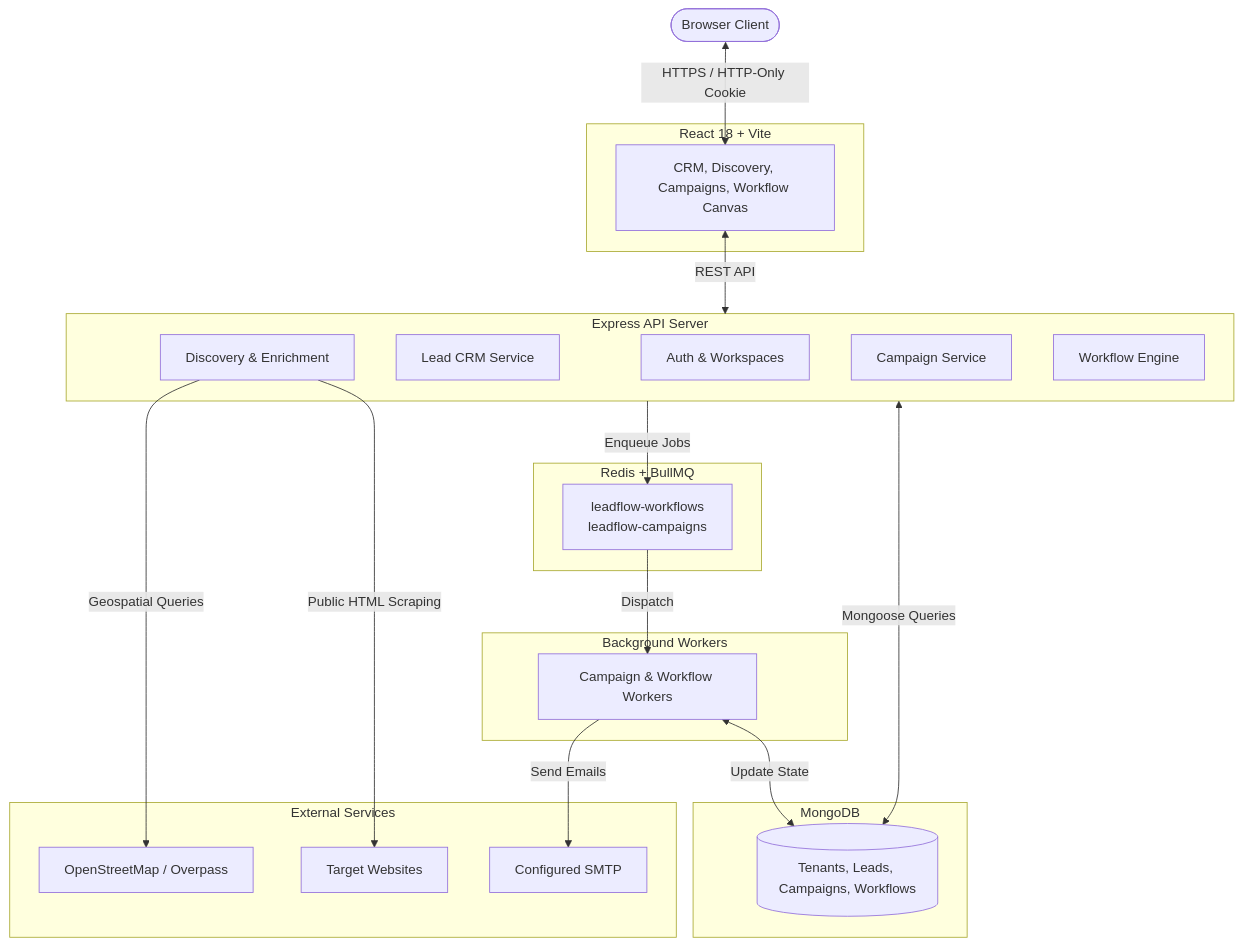
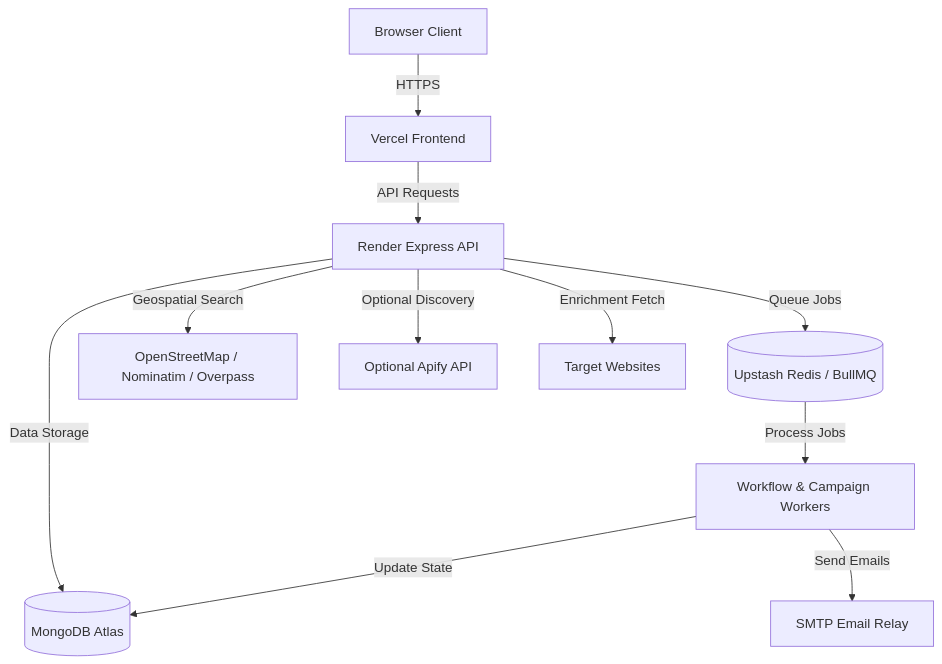
The diagram in README.md (anideva/LeadFlow), drawn with Mermaid before and after one commit. The commit also changed other lines of this file, not shown here.

````diff
--- a/README.md
+++ b/README.md
@@ -157,44 +49,26 @@
 ```mermaid
 graph TD
-    User([Browser Client])
-    
-    subgraph Frontend [React 18 + Vite]
-        UI[CRM, Discovery, Campaigns, Workflow Canvas]
-    end
+    Browser[Browser Client]
+    Vercel[Vercel Frontend]
+    API[Render Express API]
+    Mongo[(MongoDB Atlas)]
+    Redis[(Upstash Redis / BullMQ)]
+    Workers[Workflow & Campaign Workers]
 
-    subgraph Backend [Express API Server]
-        Auth[Auth & Workspaces]
-        CRM[Lead CRM Service]
-        Disc[Discovery & Enrichment]
-        Camp[Campaign Service]
-        Wf[Workflow Engine]
-    end
+    OSM[OpenStreetMap / Nominatim / Overpass]
+    Apify[Optional Apify API]
+    Web[Target Websites]
+    SMTP[SMTP Email Relay]
 
-    subgraph Database [MongoDB]
-        Mongo[(Tenants, Leads, Campaigns, Workflows)]
-    end
+    Browser -->|HTTPS| Vercel
+    Vercel -->|API Requests| API
+    API -->|Data Storage| Mongo
+    API -->|Queue Jobs| Redis
+    Redis -->|Process Jobs| Workers
+    Workers -->|Update State| Mongo
+    Workers -->|Send Emails| SMTP
 
-    subgraph Queue [Redis + BullMQ]
-        RQueue[leadflow-workflows\nleadflow-campaigns]
-    end
-
-    subgraph Workers [Background Workers]
-        BWorker[Campaign & Workflow Workers]
-    end
-
-    subgraph External [External Services]
-        OSM[OpenStreetMap / Overpass]
-        Web[Target Websites]
-        SMTP[Configured SMTP]
-    end
-
-    User <-->|HTTPS / HTTP-Only Cookie| UI
-    UI <-->|REST API| Backend
-    Backend <-->|Mongoose Queries| Mongo
-    Backend -->|Enqueue Jobs| RQueue
-    RQueue -->|Dispatch| BWorker
-    BWorker <-->|Update State| Mongo
-    BWorker -->|Send Emails| SMTP
-    Disc -->|Geospatial Queries| OSM
-    Disc -->|Public HTML Scraping| Web
+    API -->|Geospatial Search| OSM
+    API -->|Optional Discovery| Apify
+    API -->|Enrichment Fetch| Web
 ```
````
